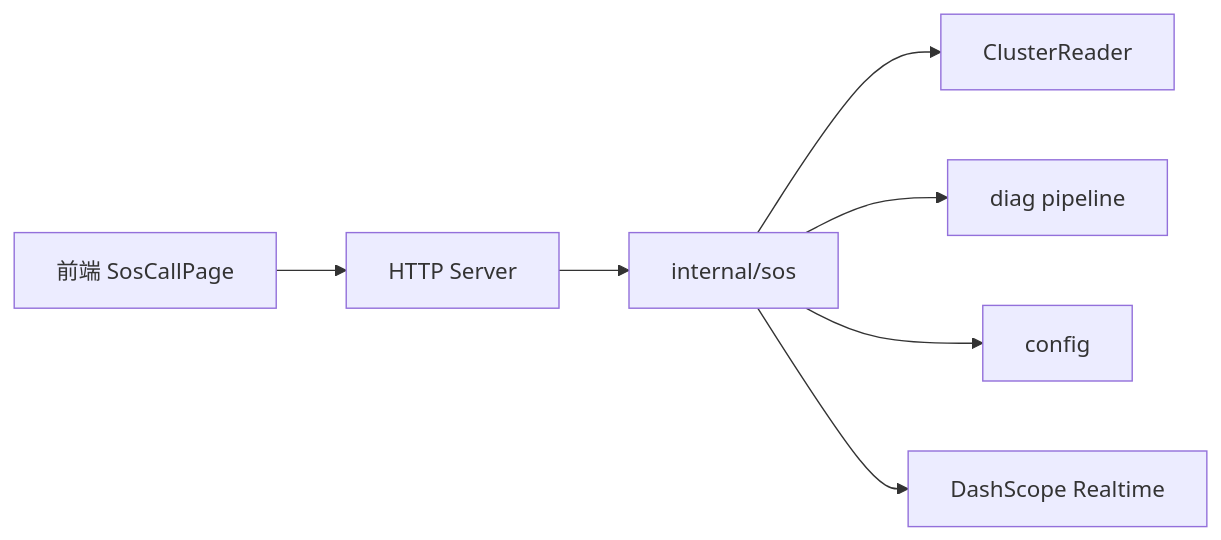
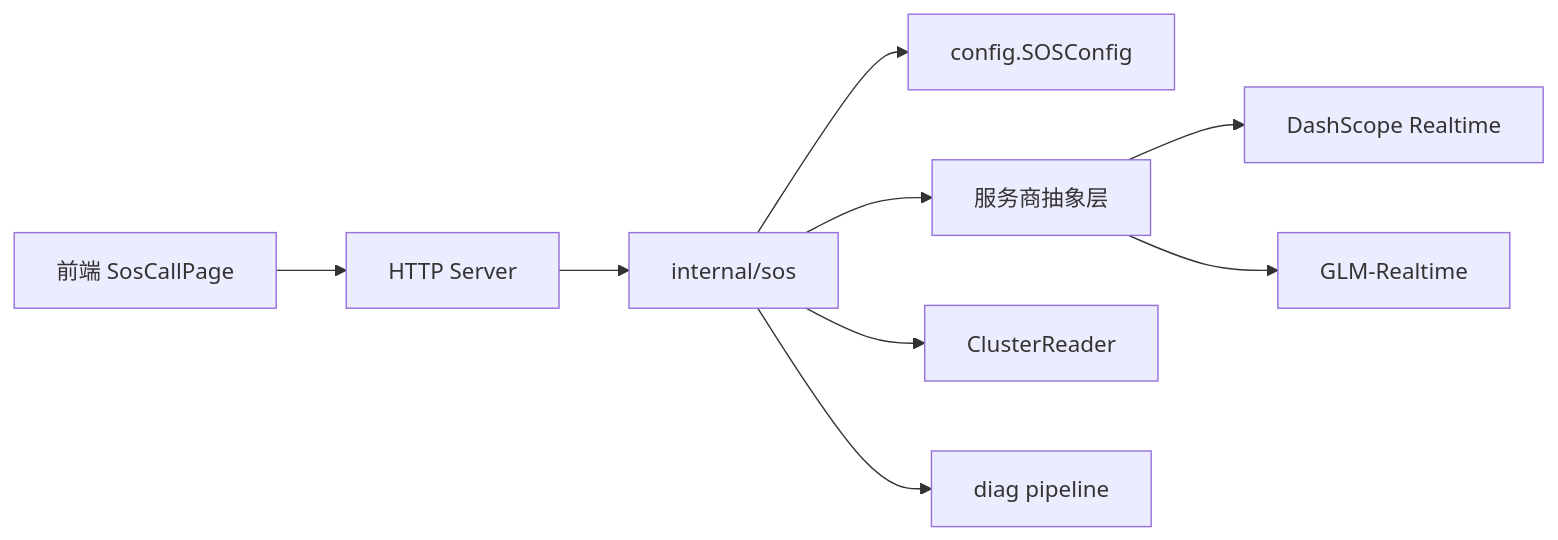
One commit to kudig-io/klaw changed the ninth of 9 diagrams in .qoder/repowiki/zh/content/Web前端应用/SOS紧急语音对话模式设计.md. Above: the diagram before and after it, drawn with Mermaid. The commit also changed other lines of this file and 336 other files, not shown here.

````diff
--- a/.qoder/repowiki/zh/content/Web前端应用/SOS紧急语音对话模式设计.md
+++ b/.qoder/repowiki/zh/content/Web前端应用/SOS紧急语音对话模式设计.md
@@ -347,9 +412,11 @@
 ```mermaid
 graph LR
 Frontend["前端 SosCallPage"] --> API["HTTP Server"]
 API --> SOS["internal/sos"]
+SOS --> Config["config.SOSConfig"]
+SOS --> Provider["服务商抽象层"]
+Provider --> DashScope["DashScope Realtime"]
+Provider --> GLM["GLM-Realtime"]
 SOS --> K8s["ClusterReader"]
 SOS --> Diag["diag pipeline"]
-SOS --> Config["config"]
-SOS --> DS["DashScope Realtime"]
 ```
````
